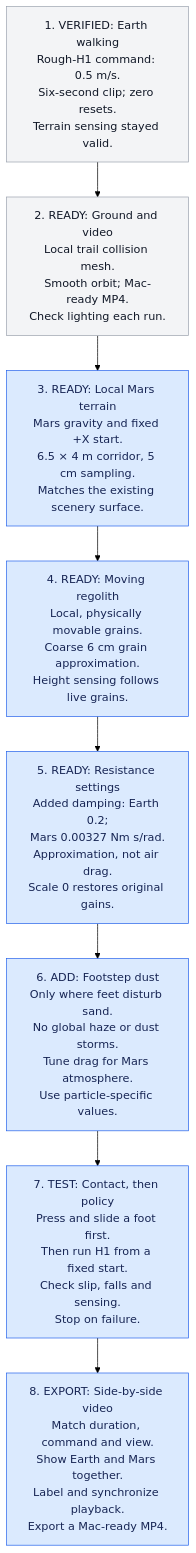
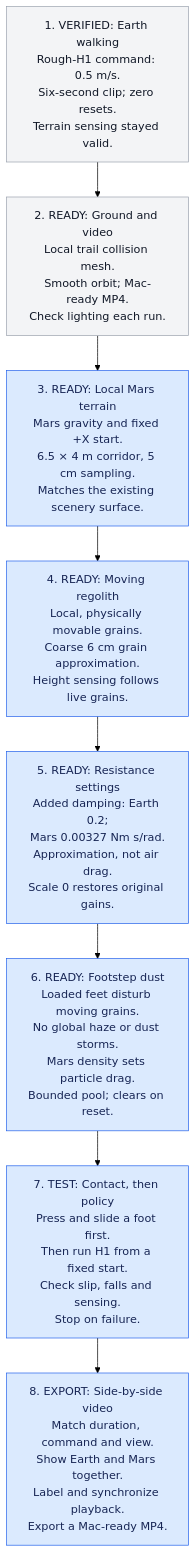
Before and after one commit to eddie-wq07/Mars-Project: the third of 3 diagrams in README.md, drawn with Mermaid (forest theme). The commit also changed other lines of this file and 5 other files, not shown here.

````diff
--- a/README.md
+++ b/README.md
@@ -124,18 +124,18 @@
 ```mermaid
 flowchart TD
     earth["1. VERIFIED: Earth walking<br/>Rough-H1 command: 0.5 m/s.<br/>Six-second clip; zero resets.<br/>Terrain sensing stayed valid."]
     capture["2. READY: Ground and video<br/>Local trail collision mesh.<br/>Smooth orbit; Mac-ready MP4.<br/>Check lighting each run."]
     mars["3. READY: Local Mars terrain<br/>Mars gravity and fixed +X start.<br/>6.5 × 4 m corridor, 5 cm sampling.<br/>Matches the existing scenery surface."]
     soil["4. READY: Moving regolith<br/>Local, physically movable grains.<br/>Coarse 6 cm grain approximation.<br/>Height sensing follows live grains."]
     damping["5. READY: Resistance settings<br/>Added damping: Earth 0.2;<br/>Mars 0.00327 Nm s/rad.<br/>Approximation, not air drag.<br/>Scale 0 restores original gains."]
-    dust["6. ADD: Footstep dust<br/>Only where feet disturb sand.<br/>No global haze or dust storms.<br/>Tune drag for Mars atmosphere.<br/>Use particle-specific values."]
+    dust["6. READY: Footstep dust<br/>Loaded feet disturb moving grains.<br/>No global haze or dust storms.<br/>Mars density sets particle drag.<br/>Bounded pool; clears on reset."]
     test["7. TEST: Contact, then policy<br/>Press and slide a foot first.<br/>Then run H1 from a fixed start.<br/>Check slip, falls and sensing.<br/>Stop on failure."]
     compare["8. EXPORT: Side-by-side video<br/>Match duration, command and view.<br/>Show Earth and Mars together.<br/>Label and synchronize playback.<br/>Export a Mac-ready MP4."]
 
     earth --> capture --> mars --> soil --> damping --> dust --> test --> compare
 
     classDef core fill:#dbeafe,stroke:#2563eb,color:#172554;
     classDef support fill:#f3f4f6,stroke:#9ca3af,color:#111827;
     class mars,soil,damping,dust,test,compare core;
     class earth,capture support;
 ```
````
